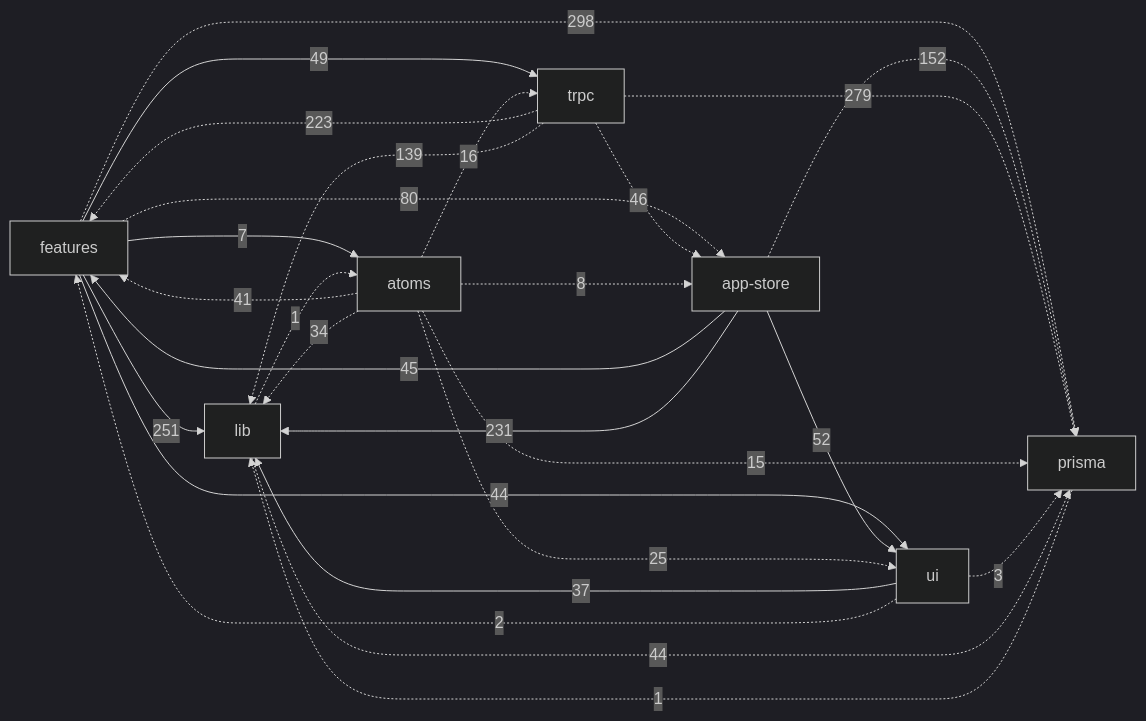
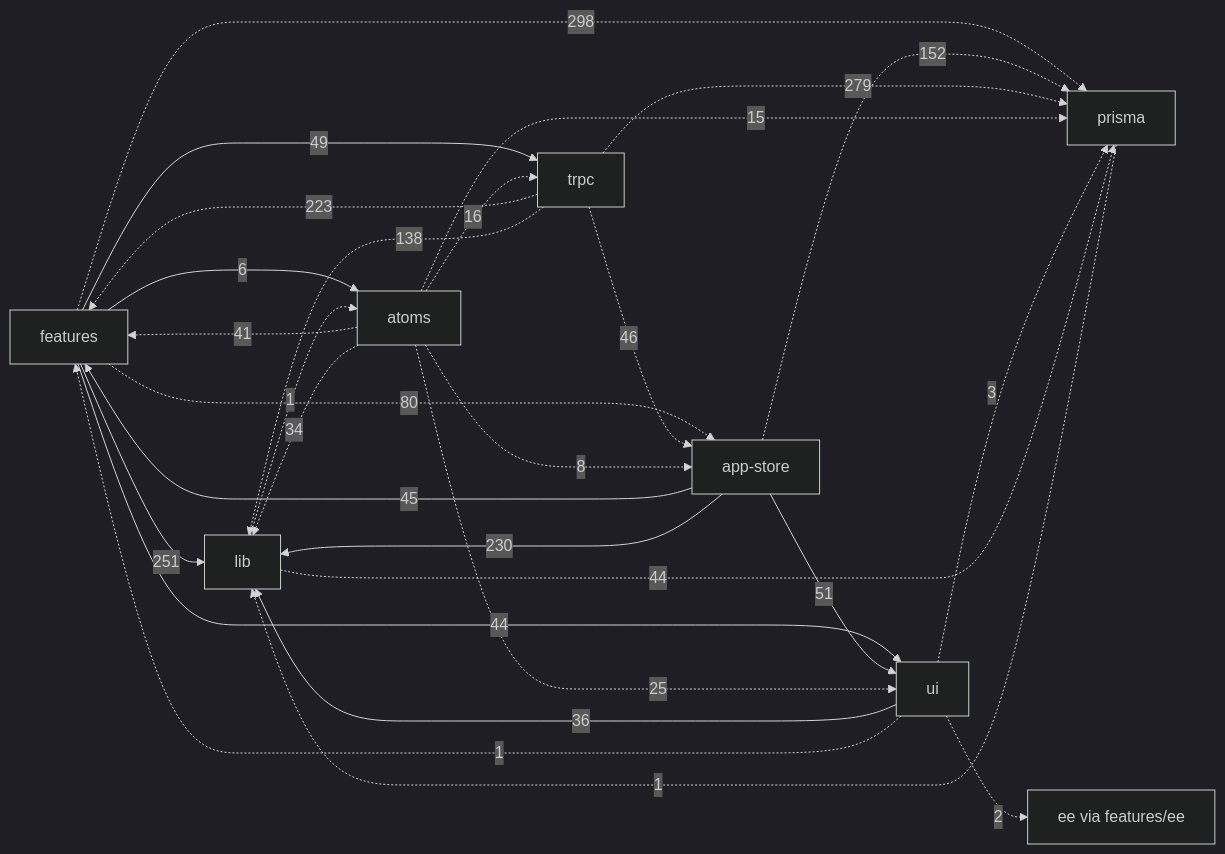
The diagram in docs/dependency-analysis.md (codev-workshops/calcom), drawn with Mermaid (dark theme) before and after one commit. The commit also changed other lines of this file, not shown here.

````diff
--- a/docs/dependency-analysis.md
+++ b/docs/dependency-analysis.md
@@ -160,34 +164,35 @@
 ```mermaid
 graph LR
   features -- 251 --> lib
   features -- 44 --> ui
   features -- 49 --> trpc
-  features -- 7 --> atoms
+  features -- 6 --> atoms
   features -. 80 .-> appstore[app-store]
   features -. 298 .-> prisma
 
   appstore -- 45 --> features
-  appstore -- 231 --> lib
-  appstore -- 52 --> ui
+  appstore -- 230 --> lib
+  appstore -- 51 --> ui
   appstore -. 152 .-> prisma
 
   trpc -. 223 .-> features
   trpc -. 46 .-> appstore
-  trpc -. 139 .-> lib
+  trpc -. 138 .-> lib
   trpc -. 279 .-> prisma
 
   atoms -. 41 .-> features
   atoms -. 16 .-> trpc
   atoms -. 34 .-> lib
   atoms -. 25 .-> ui
   atoms -. 15 .-> prisma
   atoms -. 8 .-> appstore
 
-  ui -- 37 --> lib
+  ui -- 36 --> lib
   ui -. 3 .-> prisma
-  ui -. 2 .-> features
+  ui -. 1 .-> features
+  ui -. 2 .-> ee[ee via features/ee]
 
   lib -. 44 .-> prisma
   lib -. 1 .-> atoms
   prisma -. 1 .-> lib
 ```
````
